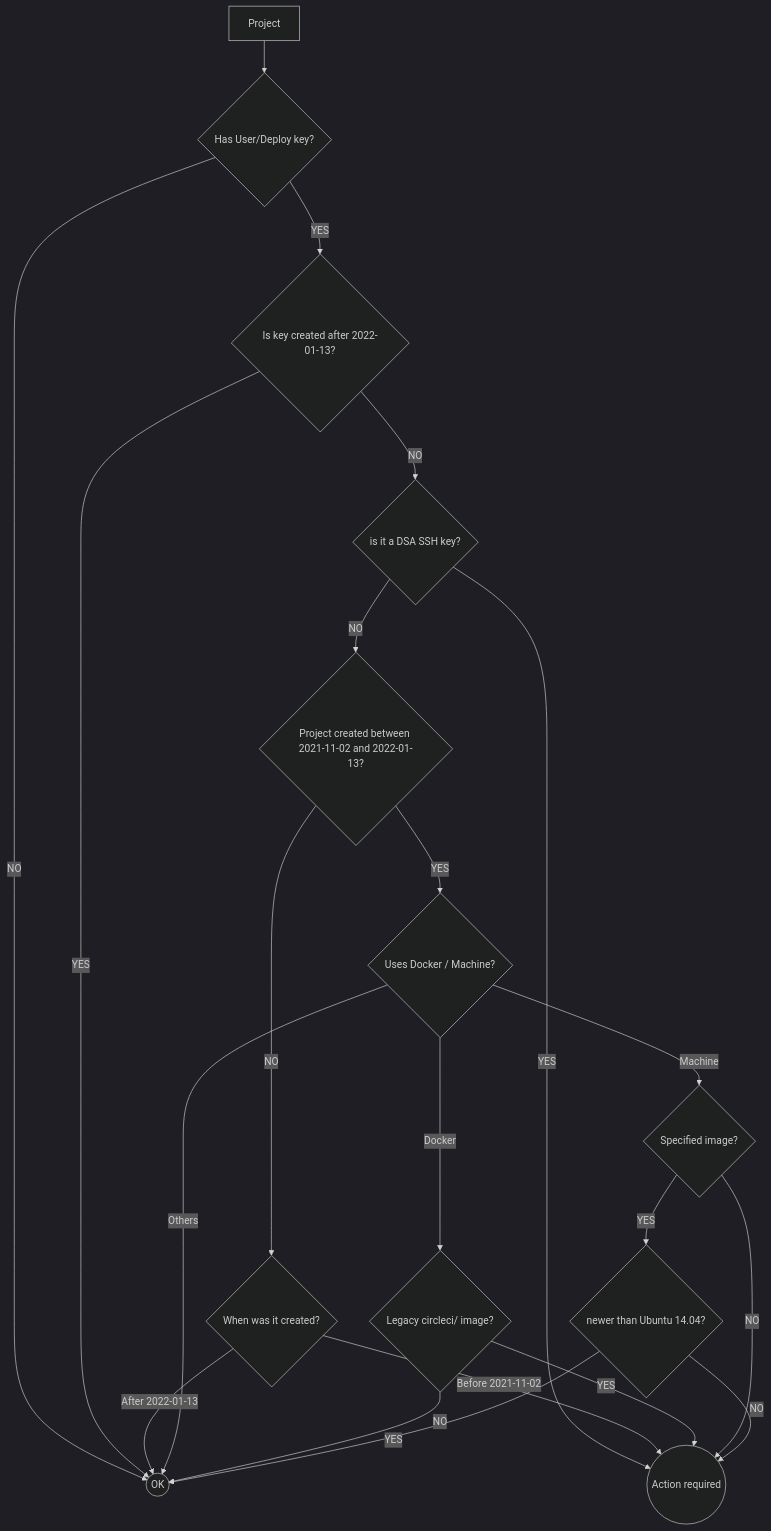
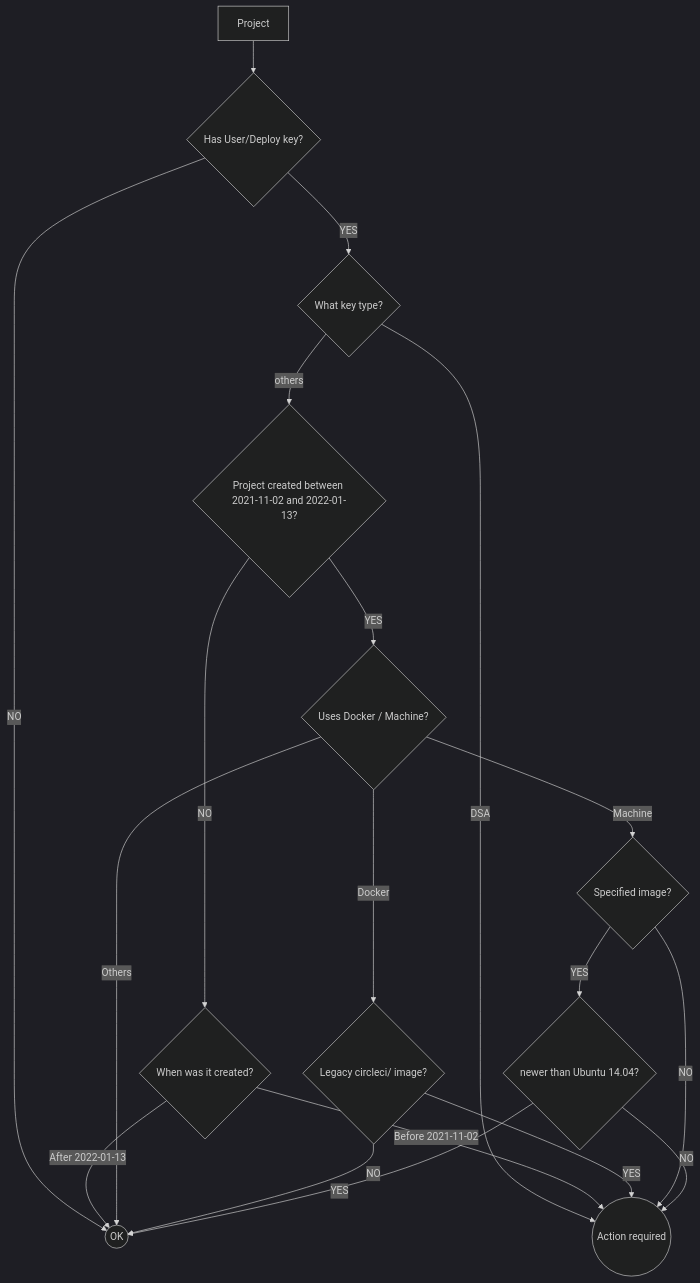
The diagram in README.md (kelvintaywl/github-ssh-key-deprecation-notes), drawn with Mermaid (dark theme) before and after one commit.

````diff
--- a/README.md
+++ b/README.md
@@ -14,24 +14,22 @@
 ```mermaid
 
 flowchart TD
     project[Project] --> key_exists{Has User/Deploy key?}
     key_exists -- NO --> ok((OK))
-    key_exists -- YES --> when_key_created{Is key created after 2022-01-13?}
-    when_key_created -- YES --> ok
-    when_key_created -- NO --> is_DSA{is it a DSA SSH key?}
-    is_DSA -- YES --> action_required((Action required))
-    is_DSA -- NO --> within_window{Project created between 2021-11-02 and 2022-01-13?}
+    key_exists -- YES --> key_type{What key type?}
+    key_type -- DSA --> action_required((Action required))
+    key_type -- others --> within_window{Project created between 2021-11-02 and 2022-01-13?}
     within_window -- NO --> when_created{When was it created?}
     when_created -- After 2022-01-13 --> ok
     when_created -- Before 2021-11-02 --> action_required
     within_window -- YES --> executor_type{Uses Docker / Machine?}
     executor_type -- Docker --> legacy_docker_img{Legacy circleci/ image?}
     executor_type -- Machine --> set_machine_img{Specified image?}
     executor_type -- Others --> ok
     legacy_docker_img -- YES --> action_required
     legacy_docker_img -- NO --> ok
     set_machine_img -- NO --> action_required
     set_machine_img -- YES --> newer_than_ubuntu14{newer than Ubuntu 14.04?}
     newer_than_ubuntu14 -- YES --> ok
     newer_than_ubuntu14 -- NO --> action_required
 ```
````
